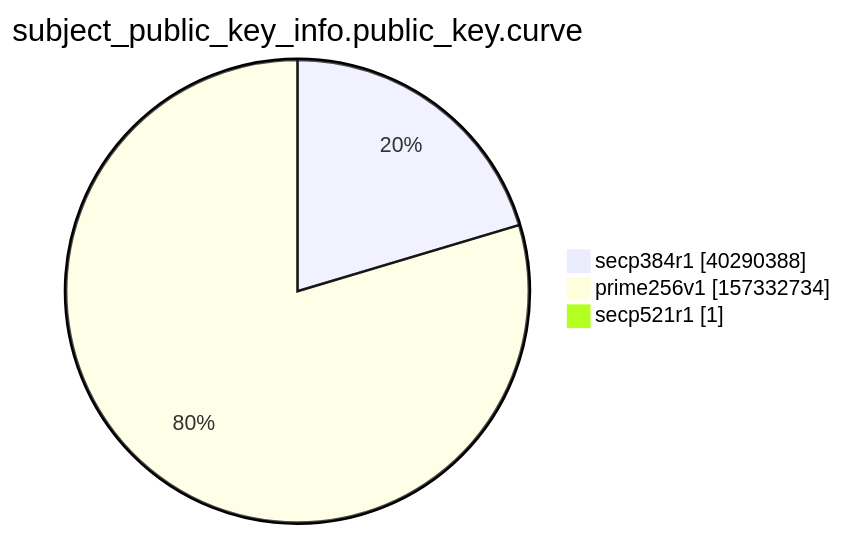
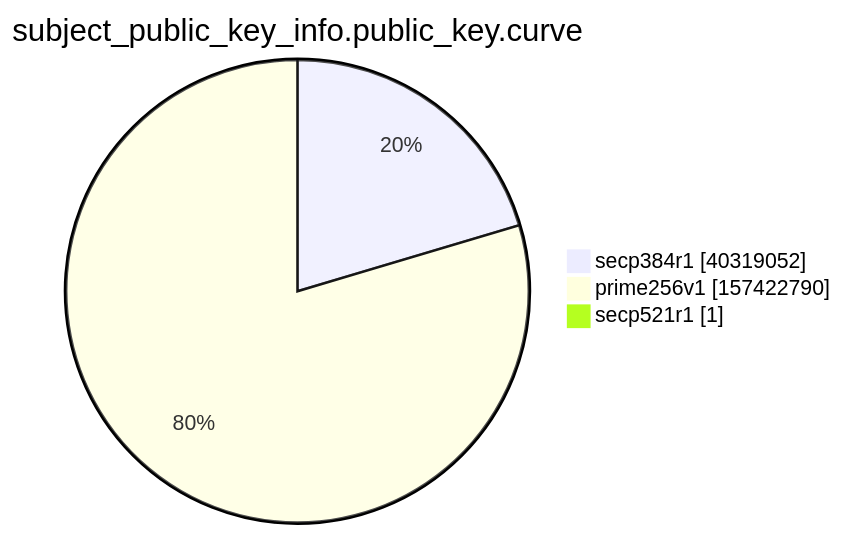
Before and after one commit to christiankrug/ctmonitor_visualization: the ninth of 15 diagrams in xenon2022/README.md, drawn with Mermaid. The commit also changed other lines of this file, not shown here.

````diff
--- a/xenon2022/README.md
+++ b/xenon2022/README.md
@@ -2866,7 +2866,7 @@
 ```mermaid
 pie showData
 title subject_public_key_info.public_key.curve
-"secp384r1" :40290388
-"prime256v1" :157332734
+"secp384r1" :40319052
+"prime256v1" :157422790
 "secp521r1" :1
 ```
````
